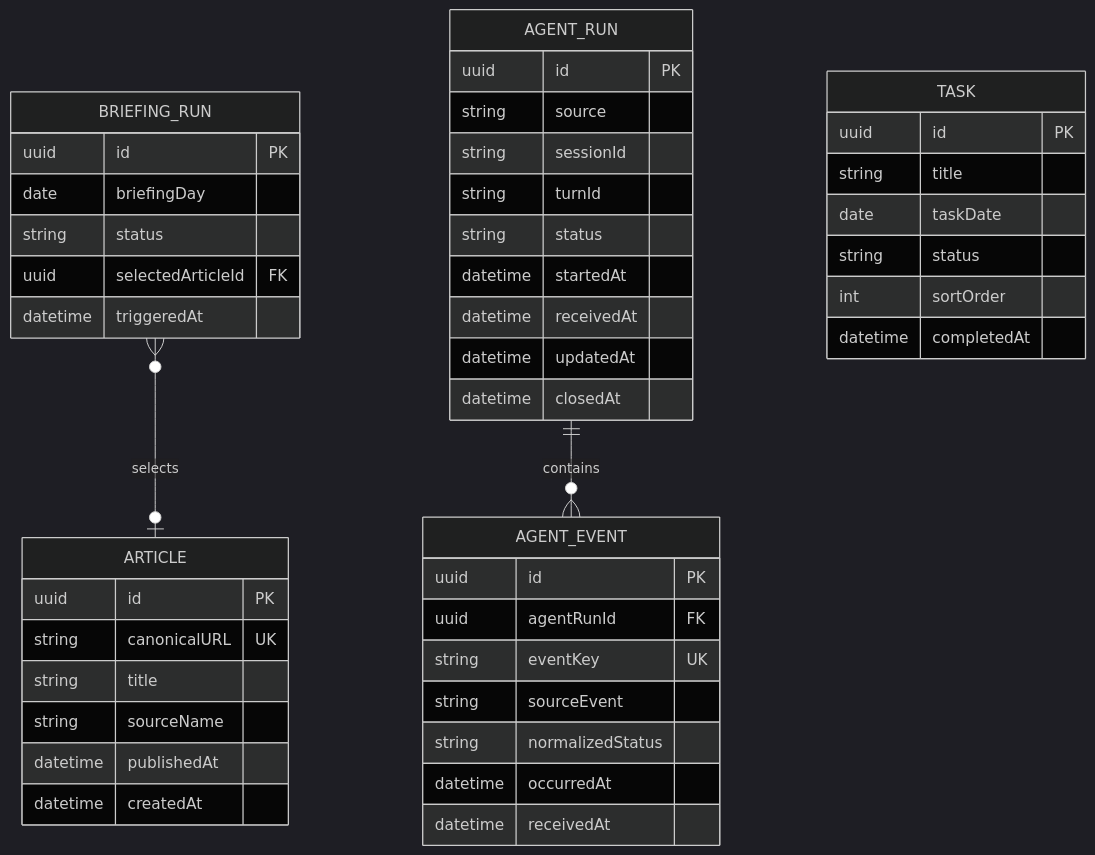
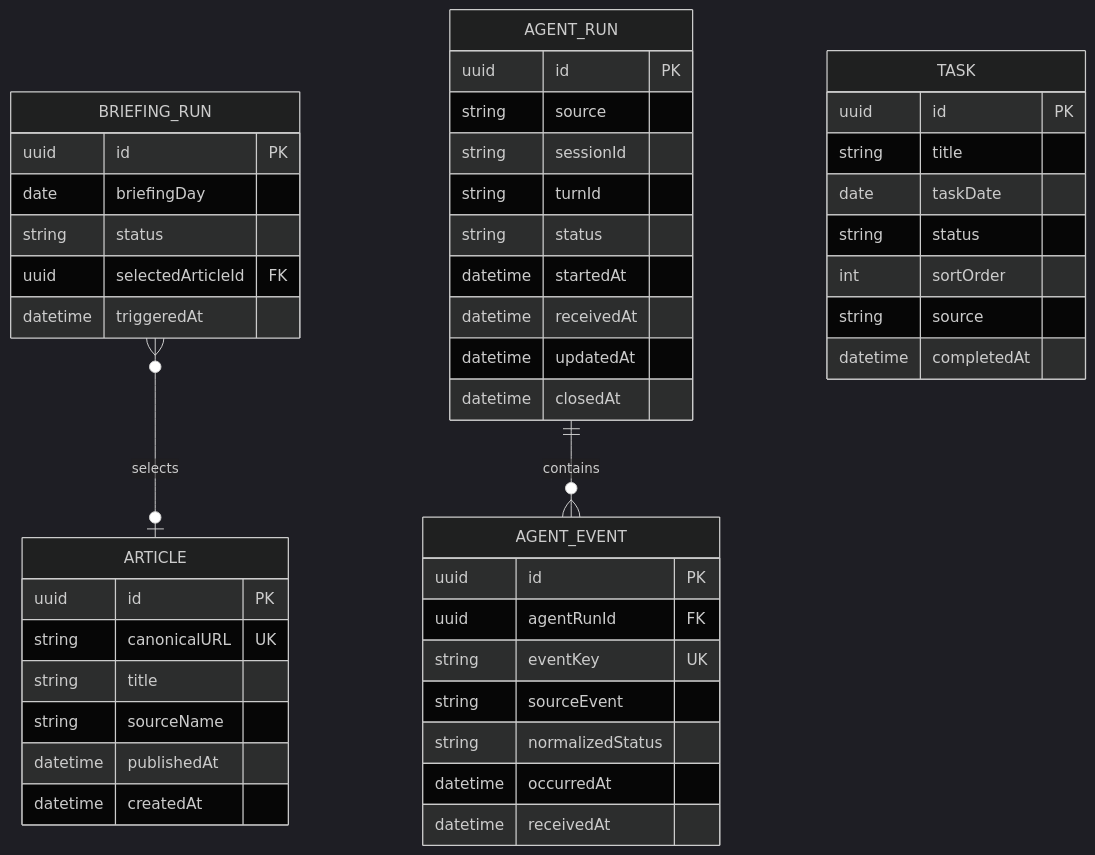
Before and after one commit to heejung-29cm/morae: the sixth of 6 diagrams in docs/HLD.md, drawn with Mermaid (dark theme). The commit also changed other lines of this file and 7 other files, not shown here.

````diff
--- a/docs/HLD.md
+++ b/docs/HLD.md
@@ -286,53 +296,54 @@
 ```mermaid
 erDiagram
     BRIEFING_RUN }o--o| ARTICLE : selects
     AGENT_RUN ||--o{ AGENT_EVENT : contains
 
     TASK {
         uuid id PK
         string title
         date taskDate
         string status
         int sortOrder
+        string source
         datetime completedAt
     }
 
     ARTICLE {
         uuid id PK
         string canonicalURL UK
         string title
         string sourceName
         datetime publishedAt
         datetime createdAt
     }
 
     BRIEFING_RUN {
         uuid id PK
         date briefingDay
         string status
         uuid selectedArticleId FK
         datetime triggeredAt
     }
 
     AGENT_RUN {
         uuid id PK
         string source
         string sessionId
         string turnId
         string status
         datetime startedAt
         datetime receivedAt
         datetime updatedAt
         datetime closedAt
     }
 
     AGENT_EVENT {
         uuid id PK
         uuid agentRunId FK
         string eventKey UK
         string sourceEvent
         string normalizedStatus
         datetime occurredAt
         datetime receivedAt
     }
 ```
````
